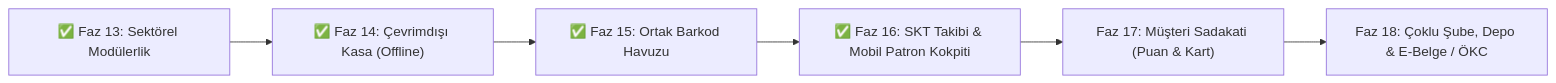
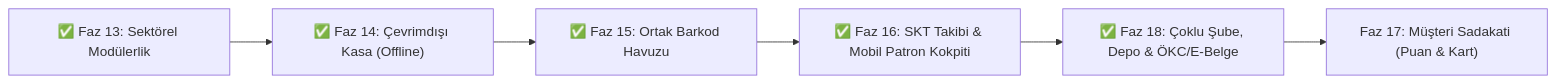
One commit to RAhsencicek/himar changed the diagram in docs/FAZ_YOL_HARITASI_VE_GUNCEL_DURUM.md. Above: the diagram before and after it, drawn with Mermaid. The commit also changed other lines of this file and 12 other files, not shown here.

Commit message:
feat(faz18): coklu sube, depo stok transferleri, merkezi fiyat dagitimi ve OKC simülasyonu

````diff
--- a/docs/FAZ_YOL_HARITASI_VE_GUNCEL_DURUM.md
+++ b/docs/FAZ_YOL_HARITASI_VE_GUNCEL_DURUM.md
@@ -43,8 +46,8 @@
 ```mermaid
 flowchart LR
     F13["✅ Faz 13: Sektörel Modülerlik"] --> F14["✅ Faz 14: Çevrimdışı Kasa (Offline)"]
     F14 --> F15["✅ Faz 15: Ortak Barkod Havuzu"]
     F15 --> F16["✅ Faz 16: SKT Takibi & Mobil Patron Kokpiti"]
-    F16 --> F17["Faz 17: Müşteri Sadakati (Puan & Kart)"]
-    F17 --> F18["Faz 18: Çoklu Şube, Depo & E-Belge / ÖKC"]
+    F16 --> F18["✅ Faz 18: Çoklu Şube, Depo & ÖKC/E-Belge"]
+    F18 --> F17["Faz 17: Müşteri Sadakati (Puan & Kart)"]
 ```
````
